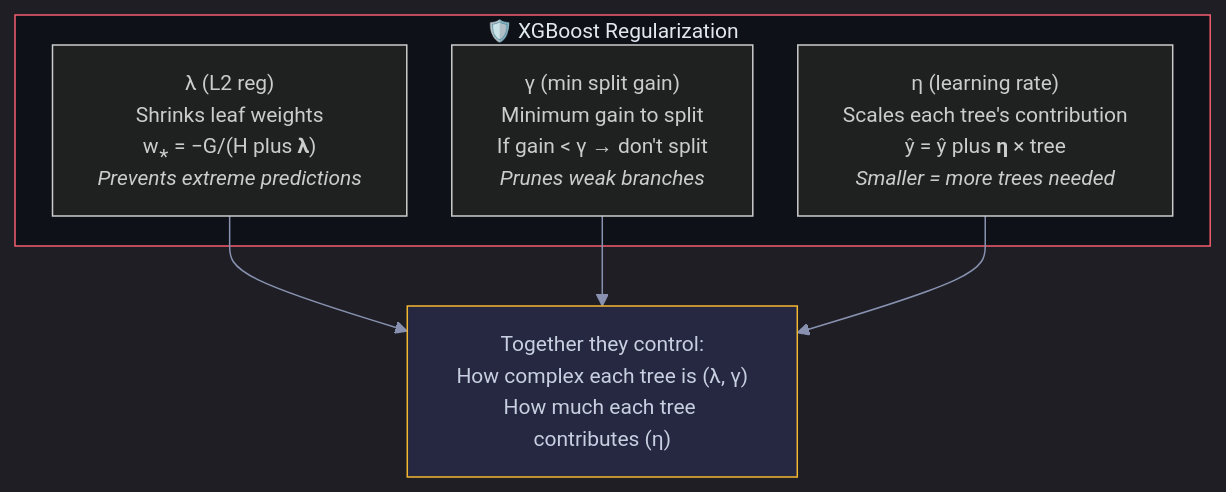
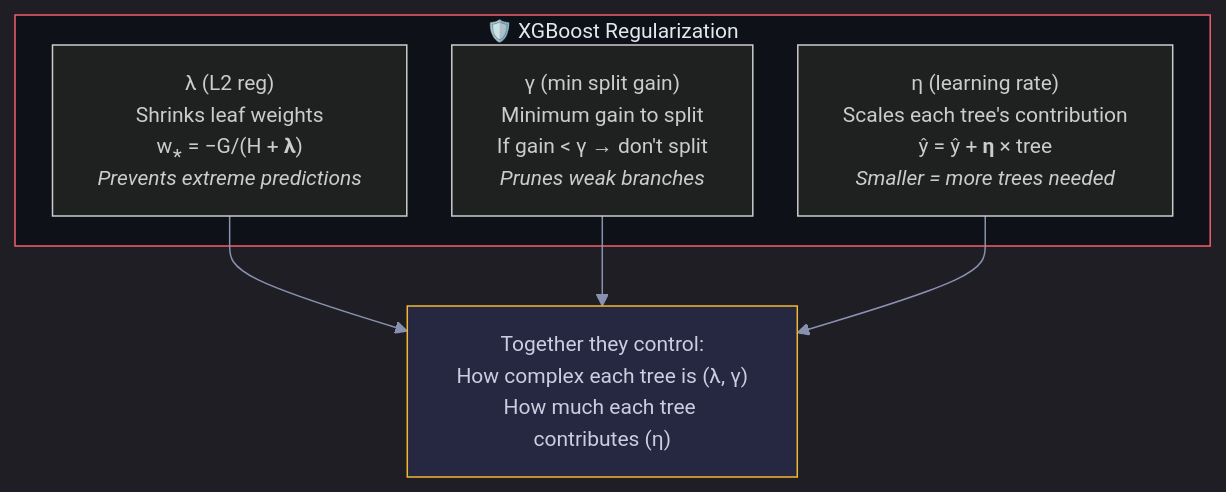
One commit to snehith1234/StudyCircle changed the eighth of 11 diagrams in Documents/Visual_Guides/ML_Concepts/XGBoost_Visual.md. Above: the diagram before and after it, drawn with Mermaid. The commit also changed other lines of this file and 10 other files, not shown here.

First line of the commit message:
Fix Mermaid formatting and add RNN/LSTM guides

````diff
--- a/Documents/Visual_Guides/ML_Concepts/XGBoost_Visual.md
+++ b/Documents/Visual_Guides/ML_Concepts/XGBoost_Visual.md
@@ -202,16 +202,16 @@
 ```mermaid
 %%{init: {'theme': 'dark', 'themeVariables': {'darkMode': true, 'background': '#0e1117', 'primaryColor': '#1a1d2e', 'primaryTextColor': '#e2e8f0', 'primaryBorderColor': '#2d3148', 'lineColor': '#8892b0', 'secondaryColor': '#252840', 'tertiaryColor': '#1a1d2e', 'fontSize': '14px', 'edgeLabelBackground': '#0e1117'}, 'flowchart': {'nodeSpacing': 30, 'rankSpacing': 40, 'padding': 15, 'htmlLabels': true}}}%%
 graph TD
     subgraph REGS["🛡️ XGBoost Regularization"]
-        LAMBDA["λ (L2 reg)<br/>Shrinks leaf weights<br/>w⁎ = −G/(H plus <b>λ</b>)<br/><i>Prevents extreme predictions</i>"]
+        LAMBDA["λ (L2 reg)<br/>Shrinks leaf weights<br/>w⁎ = −G/(H + <b>λ</b>)<br/><i>Prevents extreme predictions</i>"]
         GAMMA["γ (min split gain)<br/>Minimum gain to split<br/>If gain < γ → don't split<br/><i>Prunes weak branches</i>"]
-        ETA["η (learning rate)<br/>Scales each tree's contribution<br/>ŷ = ŷ plus <b>η</b> × tree<br/><i>Smaller = more trees needed</i>"]
+        ETA["η (learning rate)<br/>Scales each tree's contribution<br/>ŷ = ŷ + <b>η</b> × tree<br/><i>Smaller = more trees needed</i>"]
     end
 
     LAMBDA --> EFFECT["Together they control:<br/>How complex each tree is (λ, γ)<br/>How much each tree contributes (η)"]
     GAMMA --> EFFECT
     ETA --> EFFECT
 
     style REGS fill:#0e1117,stroke:#f45d6d,color:#e2e8f0
     style EFFECT fill:#252840,stroke:#f5b731,color:#c8cfe0
 ```
````
